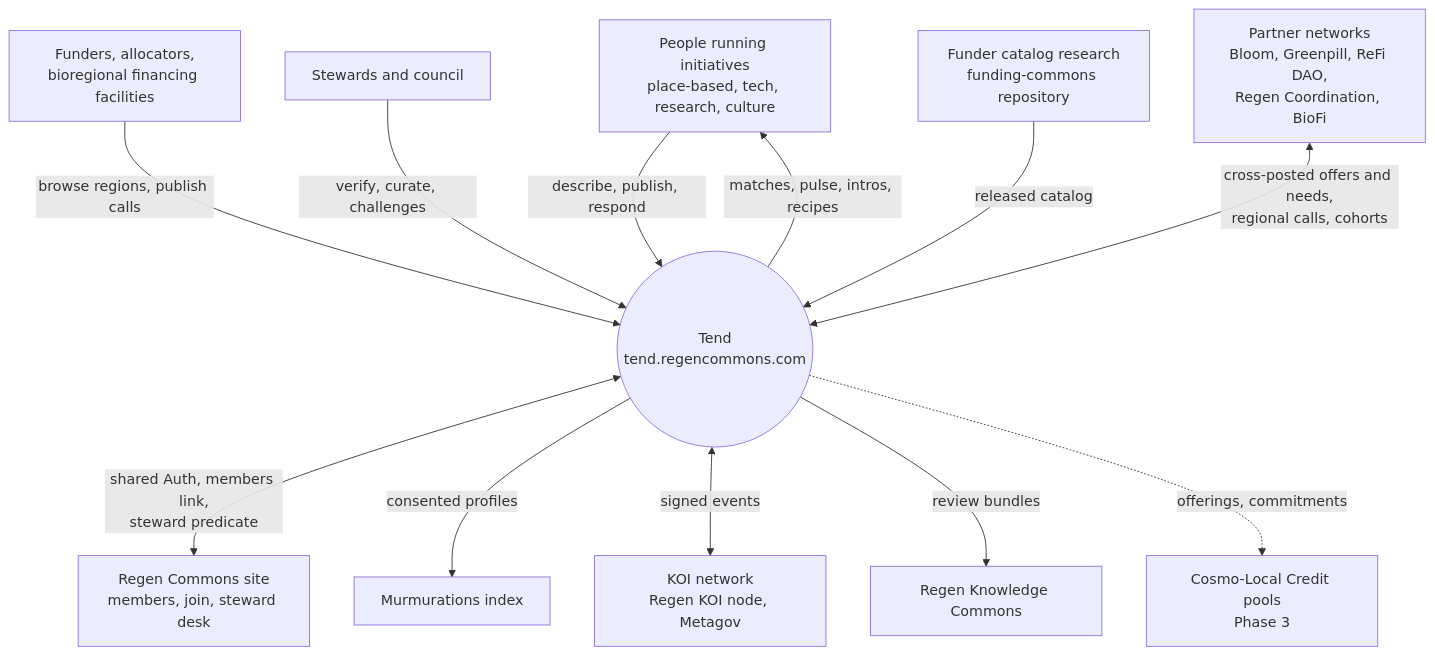
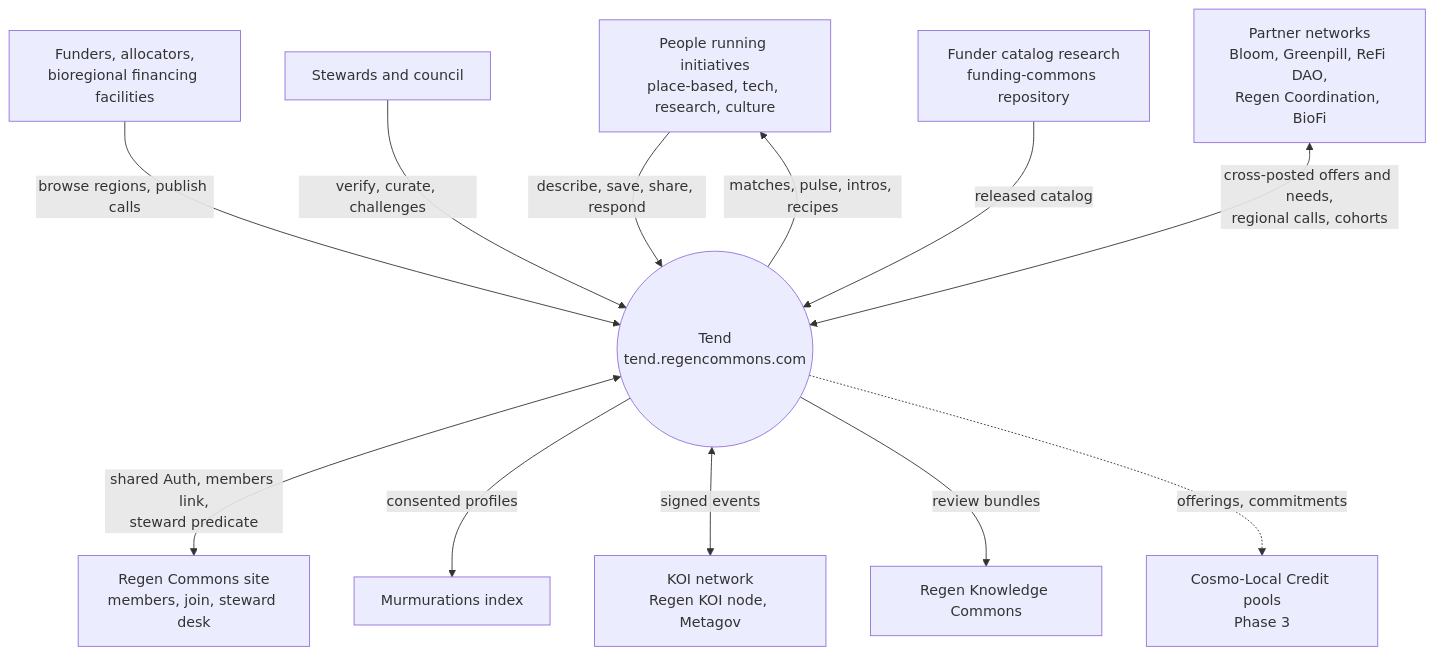
Before and after one commit to regen-commons/funding-commons: the first of 7 diagrams in docs/platform/03-logical-architecture.md, drawn with Mermaid. The commit also changed other lines of this file and 9 other files, not shown here.

````diff
--- a/docs/platform/03-logical-architecture.md
+++ b/docs/platform/03-logical-architecture.md
@@ -22,25 +22,25 @@
 ```mermaid
 flowchart TB
   P[People running initiatives<br/>place-based, tech, research, culture]
   F[Funders, allocators,<br/>bioregional financing facilities]
   S[Stewards and council]
   W((Tend<br/>tend.regencommons.com))
   RC[Regen Commons site<br/>members, join, steward desk]
   FC[Funder catalog research<br/>funding-commons repository]
   MU[Murmurations index]
   KOI[KOI network<br/>Regen KOI node, Metagov]
   KC[Regen Knowledge Commons]
   CLC[Cosmo-Local Credit pools<br/>Phase 3]
   NET[Partner networks<br/>Bloom, Greenpill, ReFi DAO,<br/>Regen Coordination, BioFi]
-  P -->|describe, publish, respond| W
+  P -->|describe, save, share, respond| W
   W -->|matches, pulse, intros, recipes| P
   F -->|browse regions, publish calls| W
   S -->|verify, curate, challenges| W
   W <-->|shared Auth, members link,<br/>steward predicate| RC
   FC -->|released catalog| W
   W -->|consented profiles| MU
   W <-->|signed events| KOI
   W -->|review bundles| KC
   W -.->|offerings, commitments| CLC
   NET <-->|cross-posted offers and needs,<br/>regional calls, cohorts| W
 ```
````
